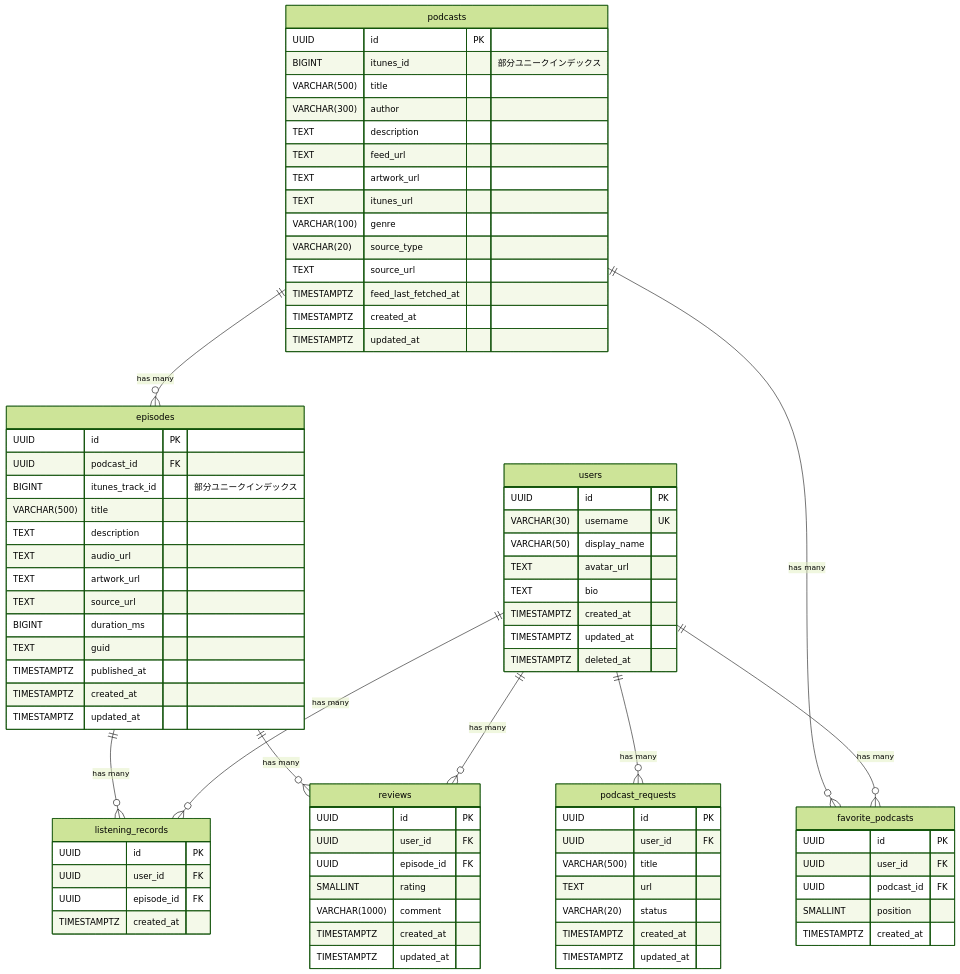
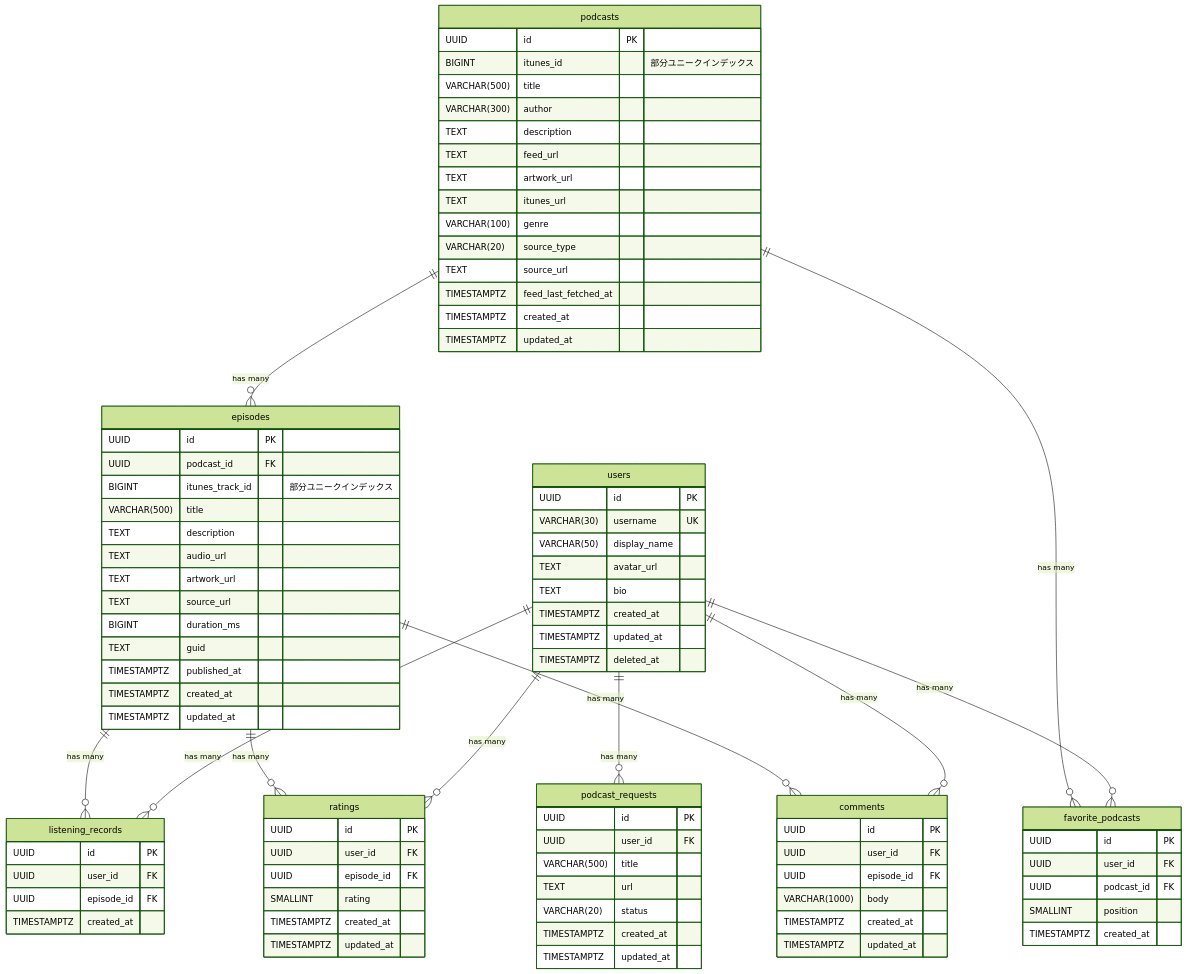
One commit to Koseeee-27/podlog changed the diagram in backend/docs/database.md. Above: the diagram before and after it, drawn with Mermaid (forest theme). The commit also changed other lines of this file, not shown here.

First line of the commit message:
docs(backend): database.md を ratings / comments 分離モデルに更新

```diff
--- a/backend/docs/database.md
+++ b/backend/docs/database.md
@@ -55,12 +55,20 @@
         TIMESTAMPTZ created_at
     }
 
-    reviews {
+    ratings {
         UUID id PK
         UUID user_id FK
         UUID episode_id FK
         SMALLINT rating
-        VARCHAR(1000) comment
+        TIMESTAMPTZ created_at
+        TIMESTAMPTZ updated_at
+    }
+
+    comments {
+        UUID id PK
+        UUID user_id FK
+        UUID episode_id FK
+        VARCHAR(1000) body
         TIMESTAMPTZ created_at
         TIMESTAMPTZ updated_at
     }
@@ -86,8 +94,10 @@
     podcasts ||--o{ episodes : "has many"
     users ||--o{ listening_records : "has many"
     episodes ||--o{ listening_records : "has many"
-    users ||--o{ reviews : "has many"
-    episodes ||--o{ reviews : "has many"
+    users ||--o{ ratings : "has many"
+    episodes ||--o{ ratings : "has many"
+    users ||--o{ comments : "has many"
+    episodes ||--o{ comments : "has many"
     users ||--o{ favorite_podcasts : "has many"
     podcasts ||--o{ favorite_podcasts : "has many"
     users ||--o{ podcast_requests : "has many"
```
